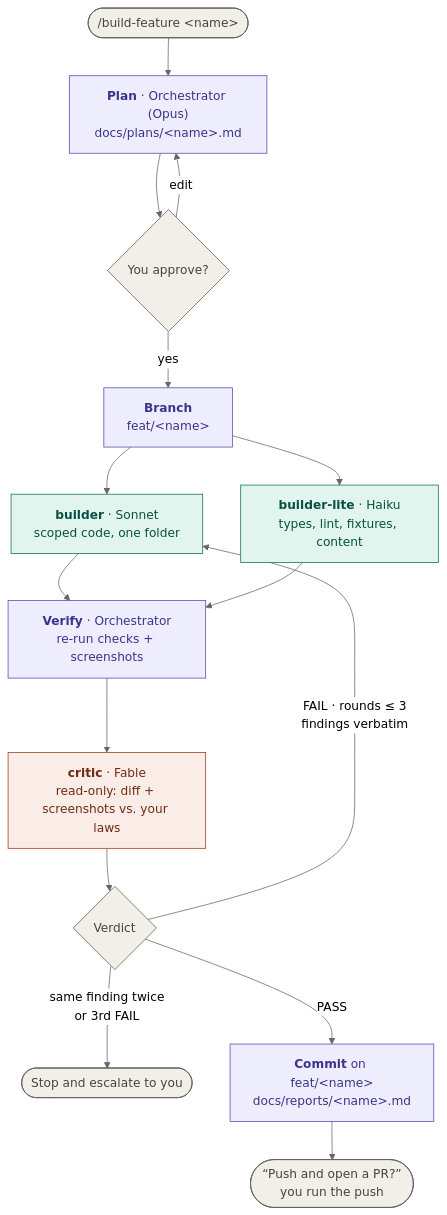
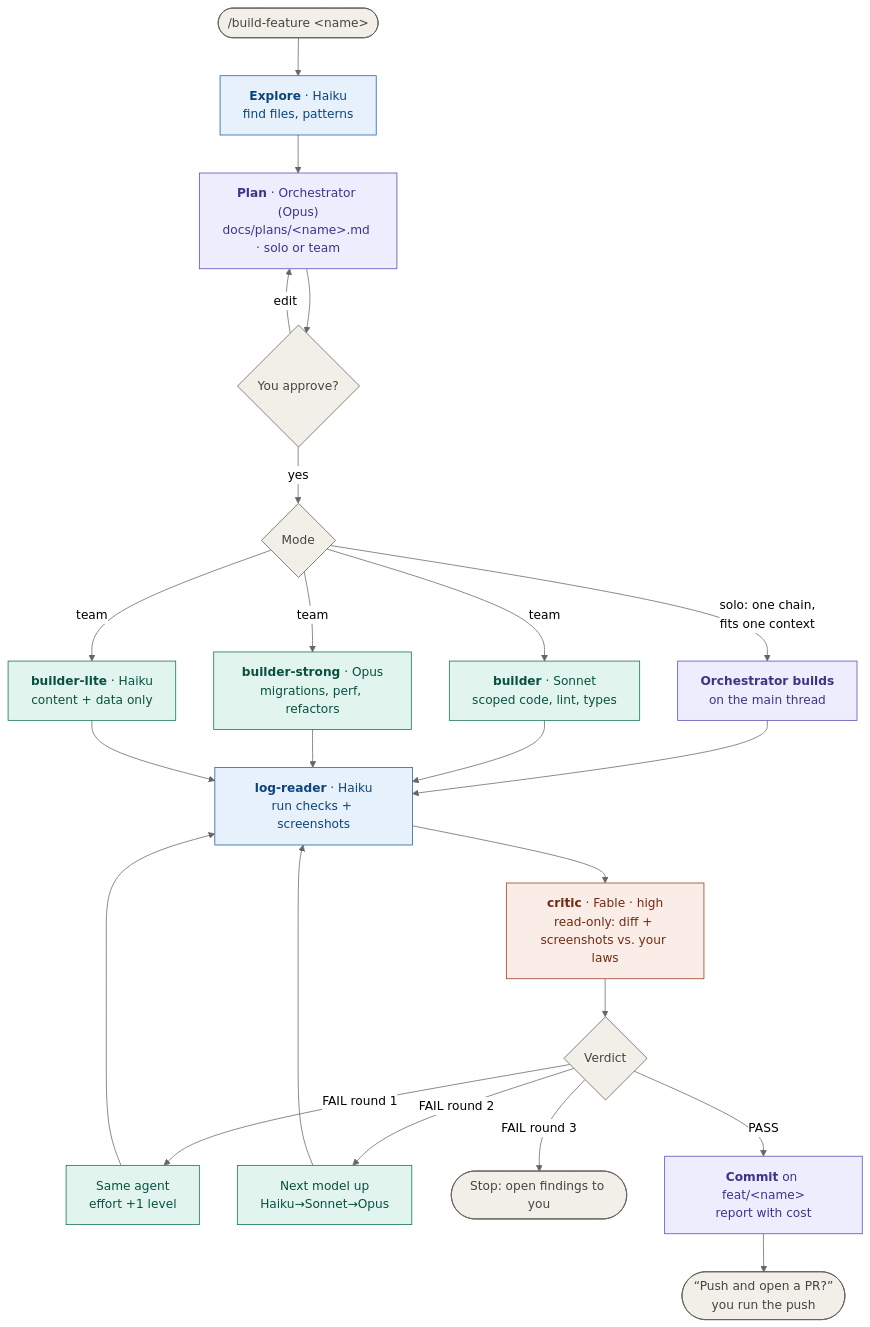
Before and after one commit to cheesecake70/agent-team-setup: the first of 2 diagrams in README.md, drawn with Mermaid (neutral theme). The commit also changed other lines of this file and 13 other files, not shown here.

First line of the commit message:
Apply model-selection guidance: right-sized agents, effort ladder, solo mode

````diff
--- a/README.md
+++ b/README.md
@@ -12,26 +15,39 @@
 ```mermaid
 flowchart TD
-    start(["/build-feature &lt;name&gt;"]) --> plan
-    plan["<b>Plan</b> · Orchestrator (Opus)<br/>docs/plans/&lt;name&gt;.md"] --> approve{"You approve?"}
-    approve -- "yes" --> branch["<b>Branch</b><br/>feat/&lt;name&gt;"]
+    start(["/build-feature &lt;name&gt;"]) --> explore
+    explore["<b>Explore</b> · Haiku<br/>find files, patterns"] --> plan
+    plan["<b>Plan</b> · Orchestrator (Opus)<br/>docs/plans/&lt;name&gt;.md · solo or team"] --> approve{"You approve?"}
     approve -- "edit" --> plan
-    branch --> builder["<b>builder</b> · Sonnet<br/>scoped code, one folder"]
-    branch --> lite["<b>builder-lite</b> · Haiku<br/>types, lint, fixtures, content"]
+    approve -- "yes" --> mode{"Mode"}
+    mode -- "solo: one chain,<br/>fits one context" --> solo["<b>Orchestrator builds</b><br/>on the main thread"]
+    mode -- "team" --> builder
+    mode -- "team" --> strong
+    mode -- "team" --> lite
+    builder["<b>builder</b> · Sonnet<br/>scoped code, lint, types"]
+    strong["<b>builder-strong</b> · Opus<br/>migrations, perf, refactors"]
+    lite["<b>builder-lite</b> · Haiku<br/>content + data only"]
+    solo --> verify
     builder --> verify
+    strong --> verify
     lite --> verify
-    verify["<b>Verify</b> · Orchestrator<br/>re-run checks + screenshots"] --> critic
-    critic["<b>critic</b> · Fable<br/>read-only: diff + screenshots vs. your laws"] --> verdict{"Verdict"}
-    verdict -- "FAIL · rounds ≤ 3<br/>findings verbatim" --> builder
-    verdict -- "same finding twice<br/>or 3rd FAIL" --> escalate(["Stop and escalate to you"])
-    verdict -- "PASS" --> commit["<b>Commit</b> on feat/&lt;name&gt;<br/>docs/reports/&lt;name&gt;.md"]
+    verify["<b>log-reader</b> · Haiku<br/>run checks + screenshots"] --> critic
+    critic["<b>critic</b> · Fable · high<br/>read-only: diff + screenshots vs. your laws"] --> verdict{"Verdict"}
+    verdict -- "FAIL round 1" --> effort["Same agent<br/>effort +1 level"]
+    verdict -- "FAIL round 2" --> up["Next model up<br/>Haiku→Sonnet→Opus"]
+    effort --> verify
+    up --> verify
+    verdict -- "FAIL round 3" --> escalate(["Stop: open findings to you"])
+    verdict -- "PASS" --> commit["<b>Commit</b> on feat/&lt;name&gt;<br/>report with cost"]
     commit --> ask(["“Push and open a PR?”<br/>you run the push"])
 
     classDef orch fill:#EEEDFE,stroke:#534AB7,color:#3C3489
+    classDef read fill:#E6F1FB,stroke:#185FA5,color:#0C447C
     classDef build fill:#E1F5EE,stroke:#0F6E56,color:#085041
     classDef judge fill:#FAECE7,stroke:#993C1D,color:#712B13
     classDef you fill:#F1EFE8,stroke:#5F5E5A,color:#444441
-    class plan,branch,verify,commit orch
-    class builder,lite build
+    class plan,solo,commit orch
+    class explore,verify read
+    class builder,strong,lite,effort,up build
     class critic judge
-    class start,approve,ask,escalate,verdict you
+    class start,approve,mode,verdict,ask,escalate you
 ```
````
